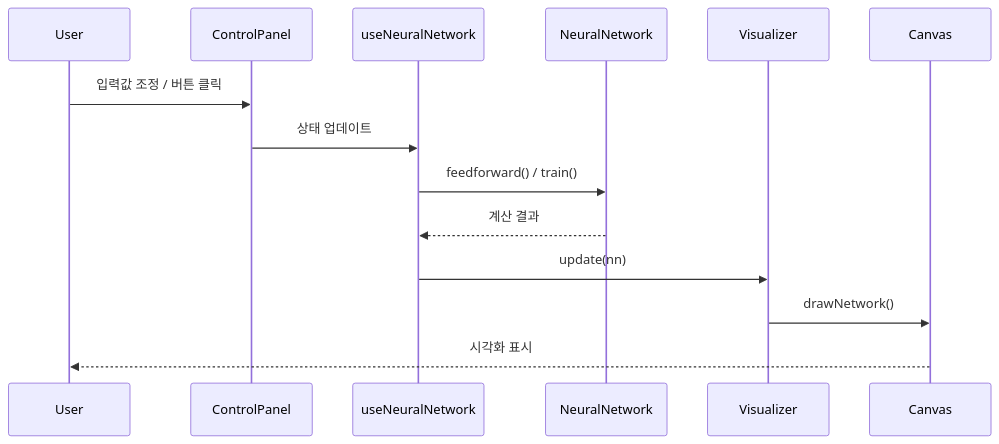
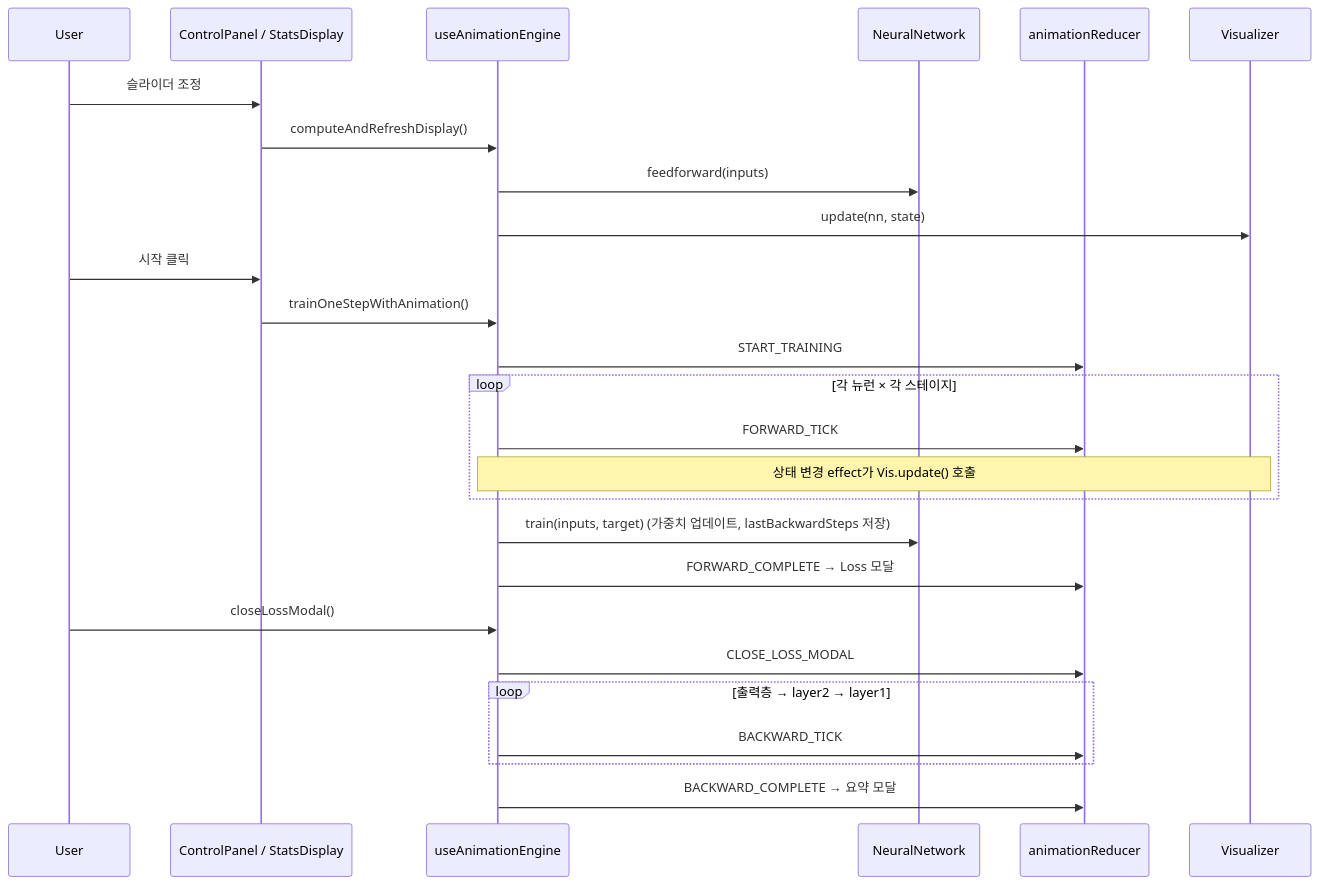
The third of 4 diagrams in doc/code_architecture.md (ofcbj/nn-book), drawn with Mermaid before and after one commit. The commit also changed other lines of this file and 48 other files, not shown here.

````diff
--- a/doc/code_architecture.md
+++ b/doc/code_architecture.md
@@ -196,17 +216,31 @@
 ```mermaid
 sequenceDiagram
     participant User
-    participant ControlPanel
-    participant useNeuralNetwork
-    participant NeuralNetwork
-    participant Visualizer
-    participant Canvas
+    participant UI as ControlPanel / StatsDisplay
+    participant Engine as useAnimationEngine
+    participant NN as NeuralNetwork
+    participant FSM as animationReducer
+    participant Vis as Visualizer
 
-    User->>ControlPanel: 입력값 조정 / 버튼 클릭
-    ControlPanel->>useNeuralNetwork: 상태 업데이트
-    useNeuralNetwork->>NeuralNetwork: feedforward() / train()
-    NeuralNetwork-->>useNeuralNetwork: 계산 결과
-    useNeuralNetwork->>Visualizer: update(nn)
-    Visualizer->>Canvas: drawNetwork()
-    Canvas-->>User: 시각화 표시
+    User->>UI: 슬라이더 조정
+    UI->>Engine: computeAndRefreshDisplay()
+    Engine->>NN: feedforward(inputs)
+    Engine->>Vis: update(nn, state)
+
+    User->>UI: 시작 클릭
+    UI->>Engine: trainOneStepWithAnimation()
+    Engine->>FSM: START_TRAINING
+    loop 각 뉴런 × 각 스테이지
+        Engine->>FSM: FORWARD_TICK
+        Note over Engine,Vis: 상태 변경 effect가 Vis.update() 호출
+    end
+    Engine->>NN: train(inputs, target)  (가중치 업데이트, lastBackwardSteps 저장)
+    Engine->>FSM: FORWARD_COMPLETE → Loss 모달
+
+    User->>Engine: closeLossModal()
+    Engine->>FSM: CLOSE_LOSS_MODAL
+    loop 출력층 → layer2 → layer1
+        Engine->>FSM: BACKWARD_TICK
+    end
+    Engine->>FSM: BACKWARD_COMPLETE → 요약 모달
 ```
````
